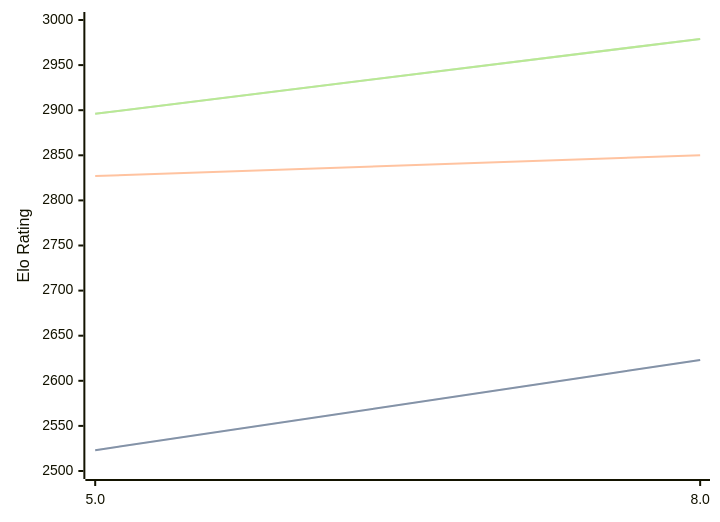
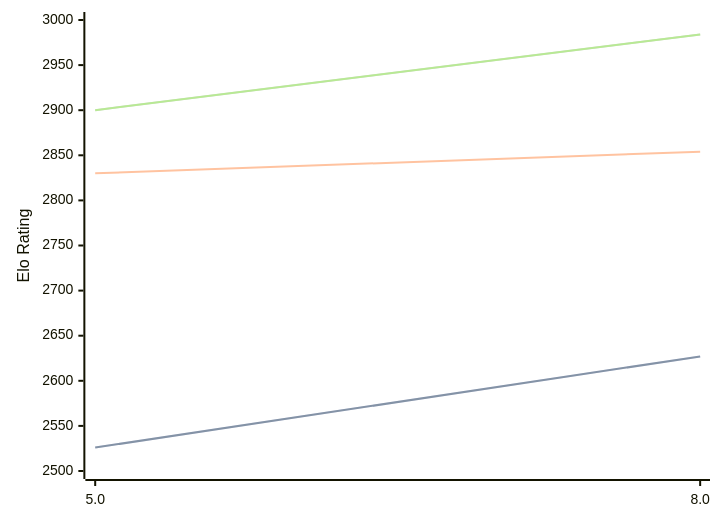
Before and after one commit to computer-chess-index/cci: the diagram in engines/4kc.md, drawn with Mermaid. The commit also changed other lines of this file, not shown here.

Commit message:
Update CCI Ratings (ELO VLTC) - 2026-04-30

````diff
--- a/engines/4kc.md
+++ b/engines/4kc.md
@@ -41,11 +41,11 @@
 ```mermaid
 %%{init: {"theme":"base","themeVariables":{"seriesColors:['#a3a3a3','#222221','#faa371']}}}%%
 xychart-beta
   x-axis ["5.0", "8.0"]
   y-axis "Elo Rating" 2500 --> 3000
-  line "STC (8.0+0.08s)" [2523, 2623]
-  line "STC (8.0+0.08s)" [2523, 2623]
-  line "LTC (60.0+0.60s)" [2827, 2850]
-  line "VLTC (2m24s+1.12s)" [2896, 2979]
-  line "VLTC (2m24s+1.12s)" [2896, 2979]
+  line "STC (8.0+0.08s)" [2526, 2627]
+  line "STC (8.0+0.08s)" [2526, 2627]
+  line "LTC (60.0+0.60s)" [2830, 2854]
+  line "VLTC (2m24s+1.12s)" [2900, 2984]
+  line "VLTC (2m24s+1.12s)" [2900, 2984]
 ```
````
